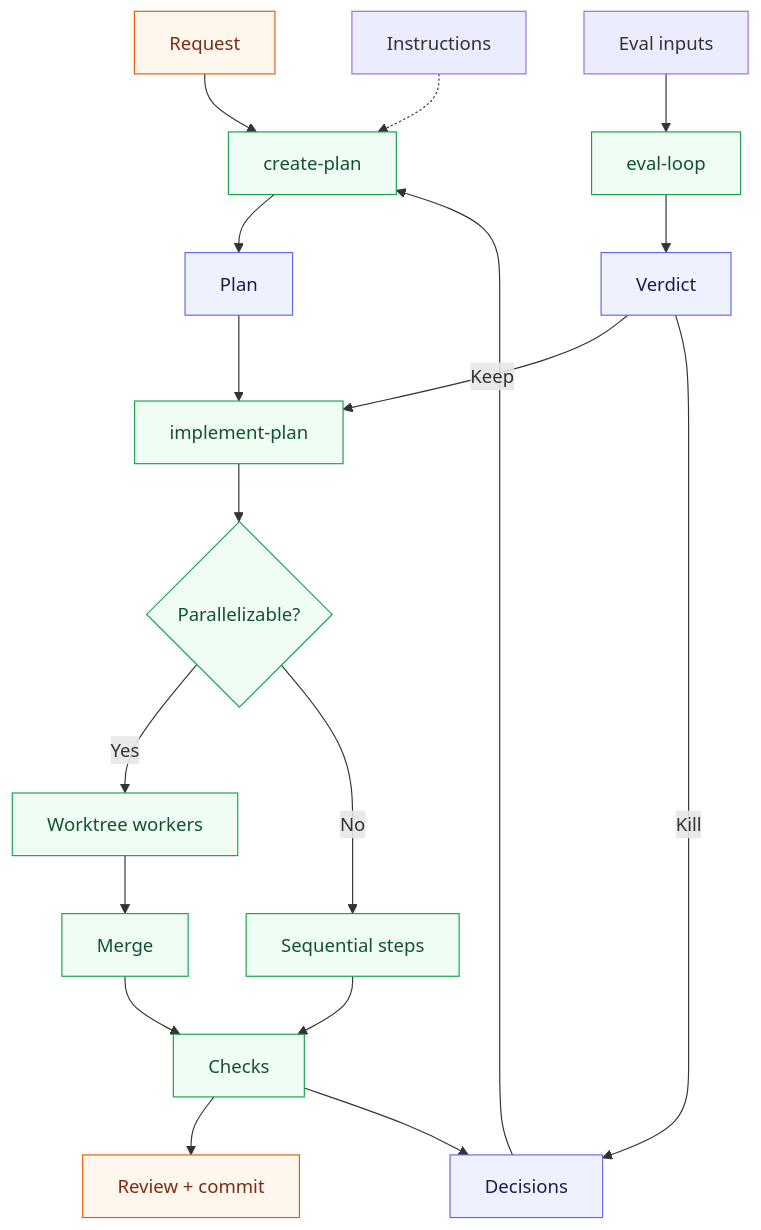
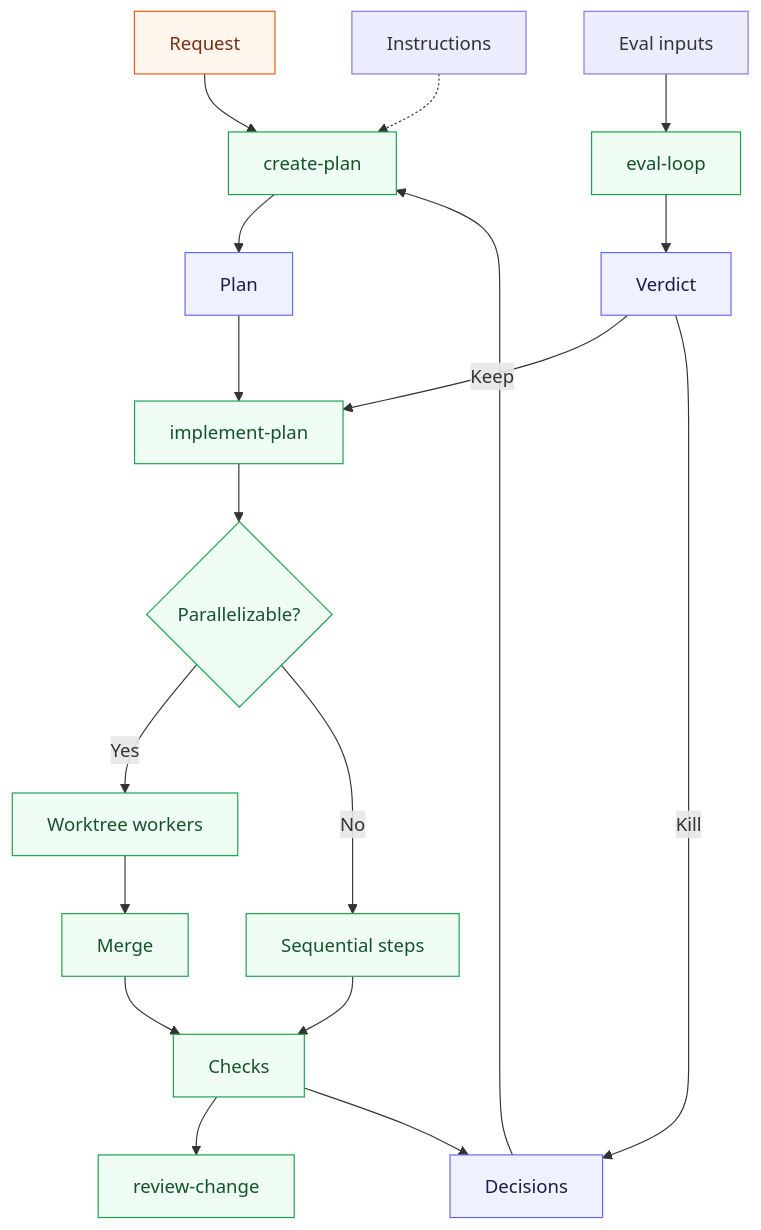
Before and after one commit to fedeee/agent-workspace-harness: the diagram in README.md, drawn with Mermaid. The commit also changed other lines of this file and 19 other files, not shown here.

````diff
--- a/README.md
+++ b/README.md
@@ -85,27 +108,27 @@
 ```mermaid
 flowchart TD
     request["Request"] --> plan["create-plan"]
     rules["Instructions"] -.-> plan
     memory["Decisions"] --> plan
     plan --> spec["Plan"]
     spec --> implement["implement-plan"]
     inputs["Eval inputs"] --> eval["eval-loop"]
     eval --> evidence["Verdict"]
     evidence -->|Keep| implement
     evidence -->|Kill| memory
     implement --> parallel{"Parallelizable?"}
     parallel -->|Yes| workers["Worktree workers"]
     parallel -->|No| serial["Sequential steps"]
     workers --> merge["Merge"]
     merge --> checks["Checks"]
     serial --> checks
-    checks --> result["Review + commit"]
+    checks --> review["review-change"]
     checks --> memory
 
     classDef durable fill:#eef2ff,stroke:#6366f1,color:#1e1b4b
     classDef human fill:#fff7ed,stroke:#ea580c,color:#7c2d12
     classDef workflow fill:#f0fdf4,stroke:#16a34a,color:#14532d
     class memory,spec,evidence durable
-    class request,result human
-    class plan,implement,parallel,workers,serial,merge,eval,checks workflow
+    class request human
+    class plan,implement,parallel,workers,serial,merge,eval,checks,review workflow
 ```
````
